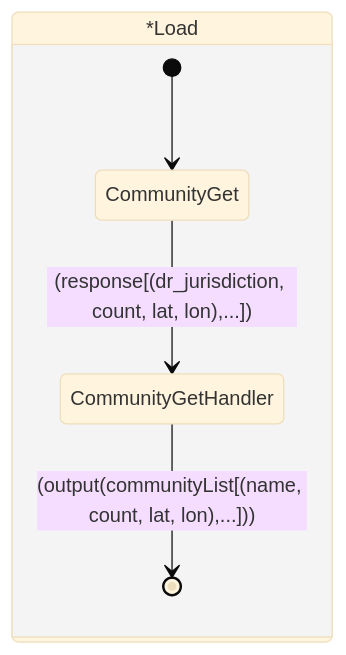
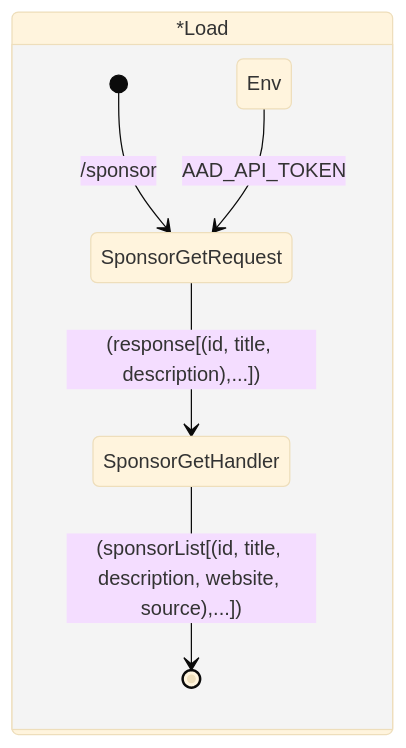
Before and after one commit to Wilfongjt/lb-A: diagram 30 of 37 in README.md, drawn with Mermaid. The commit also changed other lines of this file, not shown here.

````diff
--- a/README.md
+++ b/README.md
@@ -308,14 +577,15 @@
 ```mermaid
 
 %%{init: {'securityLevel': 'loose', 'theme':'base'}}%%
 stateDiagram
  
  state *Load
      {
-    [*] --> CommunityGet
-    CommunityGet --> CommunityGetHandler : (response[(dr_jurisdiction, count, lat, lon),...])
-    CommunityGetHandler --> [*] : (output(communityList[(name, count, lat, lon),...]))
+    [*] --> SponsorGetRequest : /sponsor
+    Env --> SponsorGetRequest : AAD_API_TOKEN
+    SponsorGetRequest --> SponsorGetHandler : (response[(id, title, description),...])
+    SponsorGetHandler --> [*] : (sponsorList[(id, title, description, website, source),...])
   }
  
  
 ```
````
